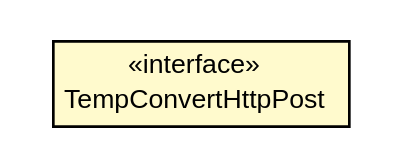
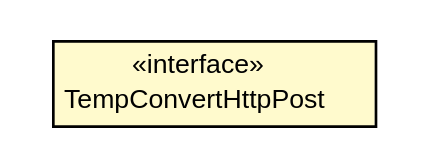
One commit to trajano/app changed the diagram in app-ws/apidocs/com/w3schools/webservices/TempConvertHttpPost.dot. Above: the diagram before and after it, drawn with Graphviz. The commit also changed 98 other files, not shown here.

```diff
--- a/app-ws/apidocs/com/w3schools/webservices/TempConvertHttpPost.dot
+++ b/app-ws/apidocs/com/w3schools/webservices/TempConvertHttpPost.dot
@@ -1,19 +1,19 @@
 #!/usr/local/bin/dot
 #
 # Class diagram 
 # Generated by UMLGraph version R5_6-24-gf6e263 (http://www.umlgraph.org/)
 #
 
 digraph G {
-	edge [fontname="arial",fontsize=10,labelfontname="arial",labelfontsize=10];
-	node [fontname="arial",fontsize=10,shape=plaintext];
+	edge [fontname="Helvetica",fontsize=10,labelfontname="Helvetica",labelfontsize=10];
+	node [fontname="Helvetica",fontsize=10,shape=plaintext];
 	nodesep=0.25;
 	ranksep=0.5;
 	// com.w3schools.webservices.TempConvertHttpPost
-	c67 [label=<<table title="com.w3schools.webservices.TempConvertHttpPost" border="0" cellborder="1" cellspacing="0" cellpadding="2" port="p" bgcolor="lemonChiffon" href="./TempConvertHttpPost.html">
+	c66 [label=<<table title="com.w3schools.webservices.TempConvertHttpPost" border="0" cellborder="1" cellspacing="0" cellpadding="2" port="p" bgcolor="lemonChiffon" href="./TempConvertHttpPost.html">
 		<tr><td><table border="0" cellspacing="0" cellpadding="1">
 <tr><td align="center" balign="center"> &#171;interface&#187; </td></tr>
 <tr><td align="center" balign="center"> TempConvertHttpPost </td></tr>
 		</table></td></tr>
-		</table>>, URL="./TempConvertHttpPost.html", fontname="arial", fontcolor="black", fontsize=10.0];
+		</table>>, URL="./TempConvertHttpPost.html", fontname="Helvetica", fontcolor="black", fontsize=10.0];
 }
```
